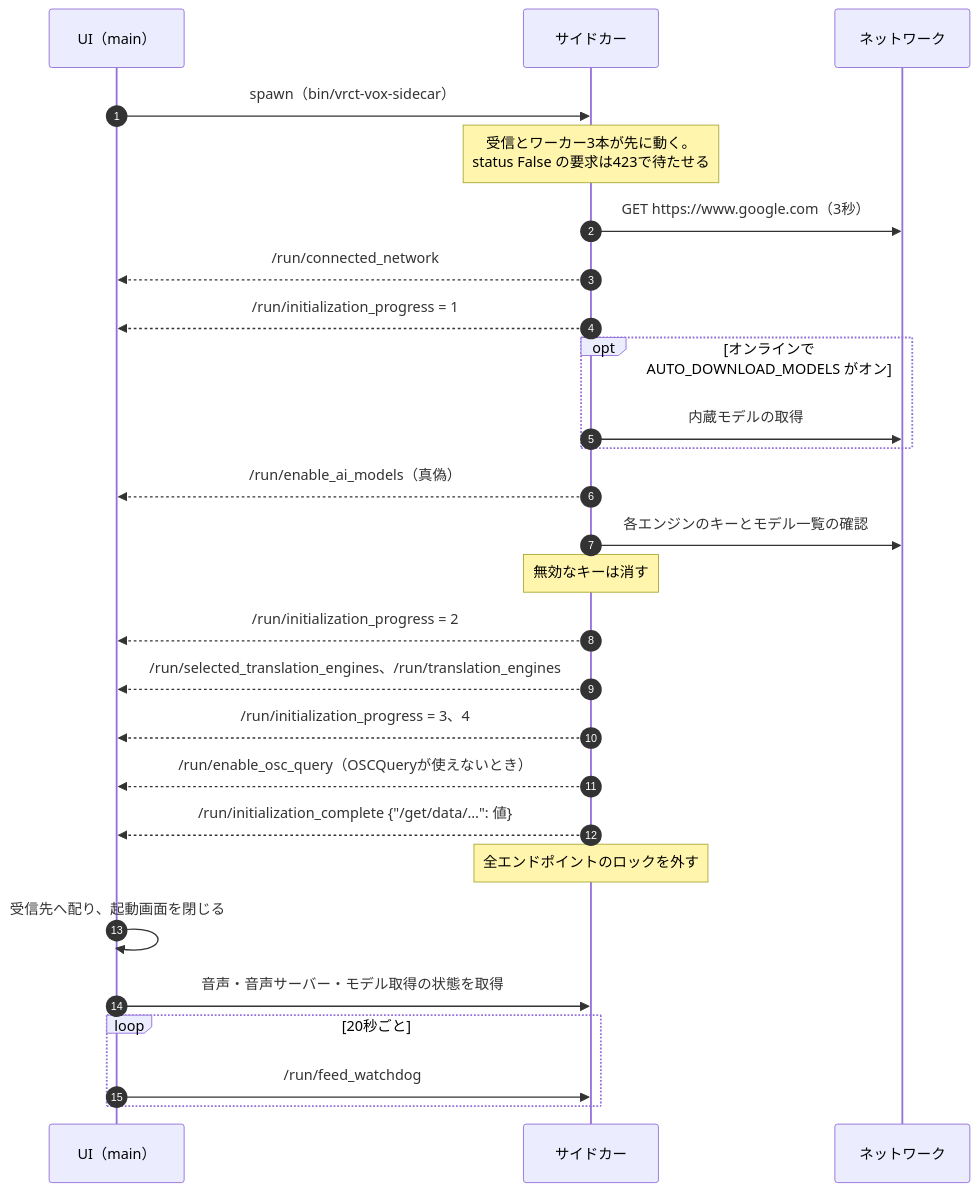
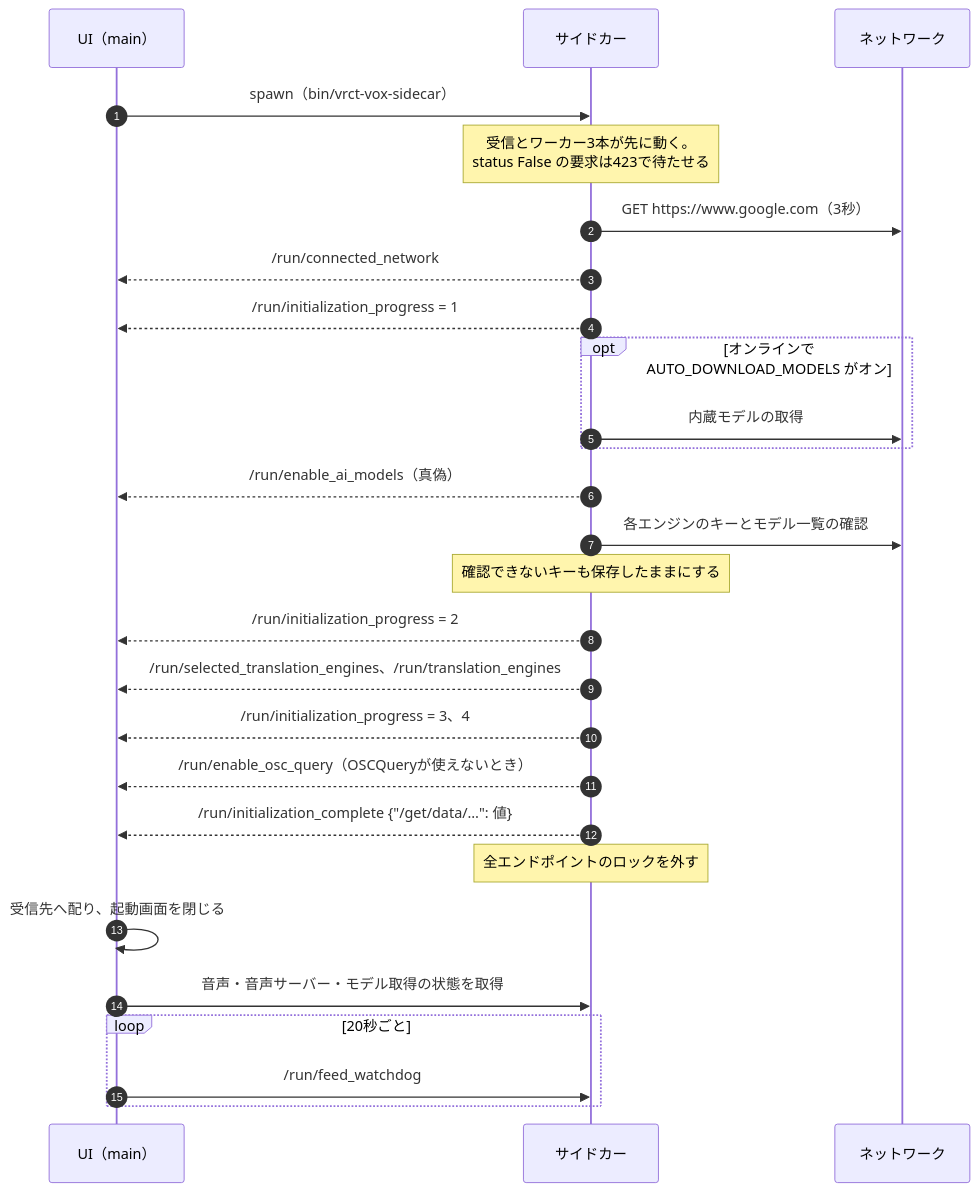
Before and after one commit to kein5/VRCT-VOX: the first of 7 diagrams in docs/spec/sequences.md, drawn with Mermaid. The commit also changed other lines of this file and 10 other files, not shown here.

````diff
--- a/docs/spec/sequences.md
+++ b/docs/spec/sequences.md
@@ -7,29 +7,29 @@
 ```mermaid
 sequenceDiagram
   autonumber
   participant UI as UI（main）
   participant S as サイドカー
   participant Net as ネットワーク
   UI->>S: spawn（bin/vrct-vox-sidecar）
   Note over S: 受信とワーカー3本が先に動く。<br/>status False の要求は423で待たせる
   S->>Net: GET https://www.google.com（3秒）
   S-->>UI: /run/connected_network
   S-->>UI: /run/initialization_progress = 1
   opt オンラインで AUTO_DOWNLOAD_MODELS がオン
     S->>Net: 内蔵モデルの取得
   end
   S-->>UI: /run/enable_ai_models（真偽）
   S->>Net: 各エンジンのキーとモデル一覧の確認
-  Note over S: 無効なキーは消す
+  Note over S: 確認できないキーも保存したままにする
   S-->>UI: /run/initialization_progress = 2
   S-->>UI: /run/selected_translation_engines、/run/translation_engines
   S-->>UI: /run/initialization_progress = 3、4
   S-->>UI: /run/enable_osc_query（OSCQueryが使えないとき）
   S-->>UI: /run/initialization_complete {"/get/data/…": 値}
   Note over S: 全エンドポイントのロックを外す
   UI->>UI: 受信先へ配り、起動画面を閉じる
   UI->>S: 音声・音声サーバー・モデル取得の状態を取得
   loop 20秒ごと
     UI->>S: /run/feed_watchdog
   end
 ```
````
